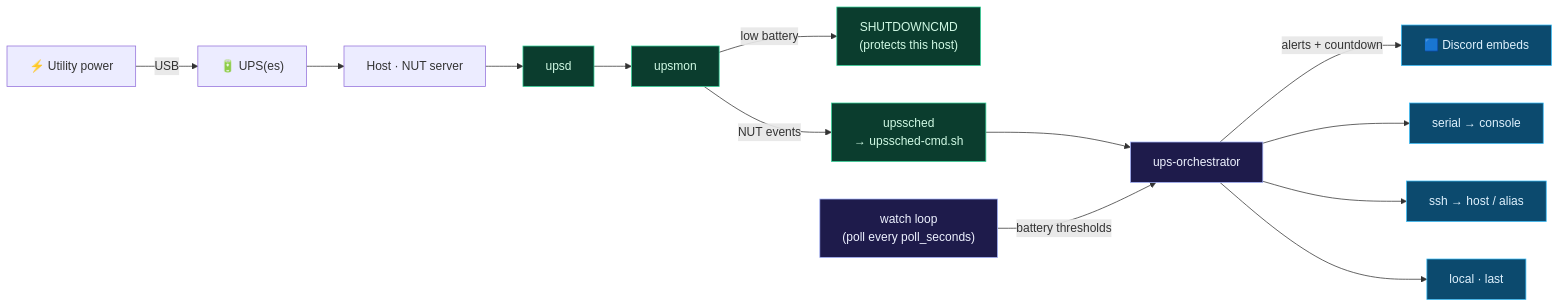
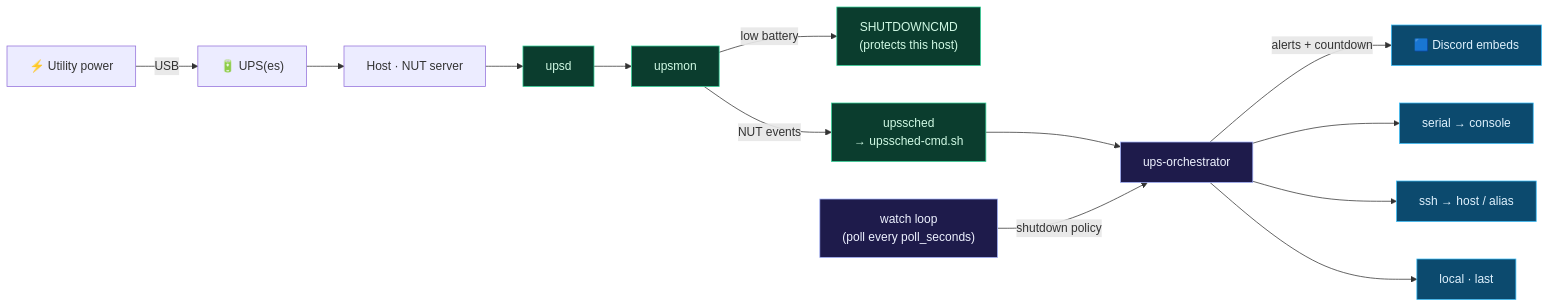
The first of 2 diagrams in README.md (kleinpanic/ups-orchestrator), drawn with Mermaid before and after one commit. The commit also changed other lines of this file and 38 other files, not shown here.

````diff
--- a/README.md
+++ b/README.md
@@ -56,23 +61,23 @@
 ```mermaid
 flowchart LR
     PWR["⚡ Utility power"] -->|USB| UPS["🔋 UPS(es)"]
     UPS --> HOST["Host · NUT server"]
     HOST --> UPSD["upsd"] --> UPSMON["upsmon"]
 
     UPSMON -->|low battery| SDC["SHUTDOWNCMD<br/>(protects this host)"]
     UPSMON -->|"NUT events"| SCHED["upssched<br/>→ upssched-cmd.sh"]
     SCHED --> ORCH["ups-orchestrator"]
-    WATCH["watch loop<br/>(poll every poll_seconds)"] -->|"battery thresholds"| ORCH
+    WATCH["watch loop<br/>(poll every poll_seconds)"] -->|"shutdown policy"| ORCH
 
     ORCH -->|"alerts + countdown"| DISCORD["🟦 Discord embeds"]
     ORCH --> SER["serial → console"]
     ORCH --> SSHX["ssh → host / alias"]
     ORCH --> LOC["local · last"]
 
     classDef nut fill:#0b3d2e,stroke:#34d399,color:#d1fae5;
     classDef orch fill:#1e1b4b,stroke:#a5b4fc,color:#eef2ff;
     classDef sink fill:#0c4a6e,stroke:#38bdf8,color:#e0f2fe;
     class UPSD,UPSMON,SCHED,SDC nut
     class ORCH,WATCH orch
     class DISCORD,SER,SSHX,LOC sink
 ```
````
